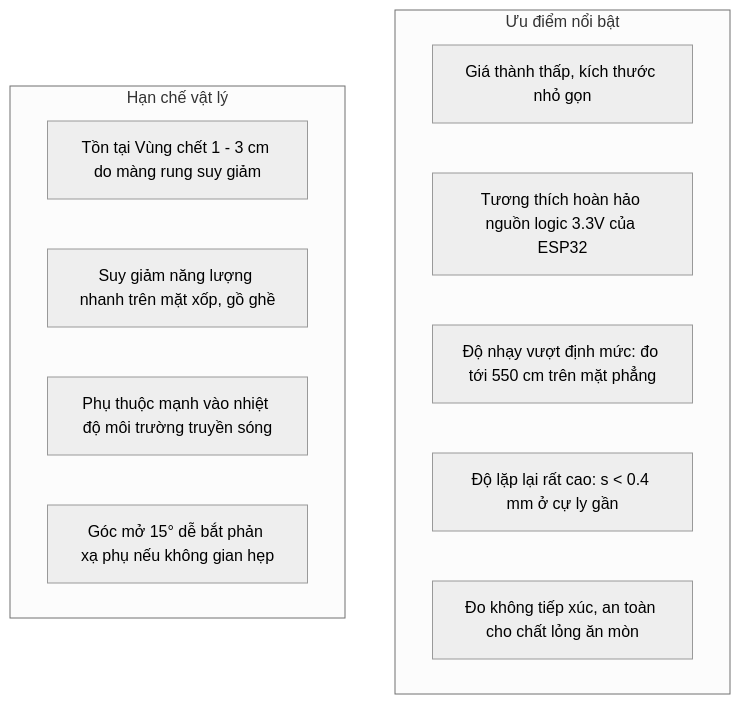
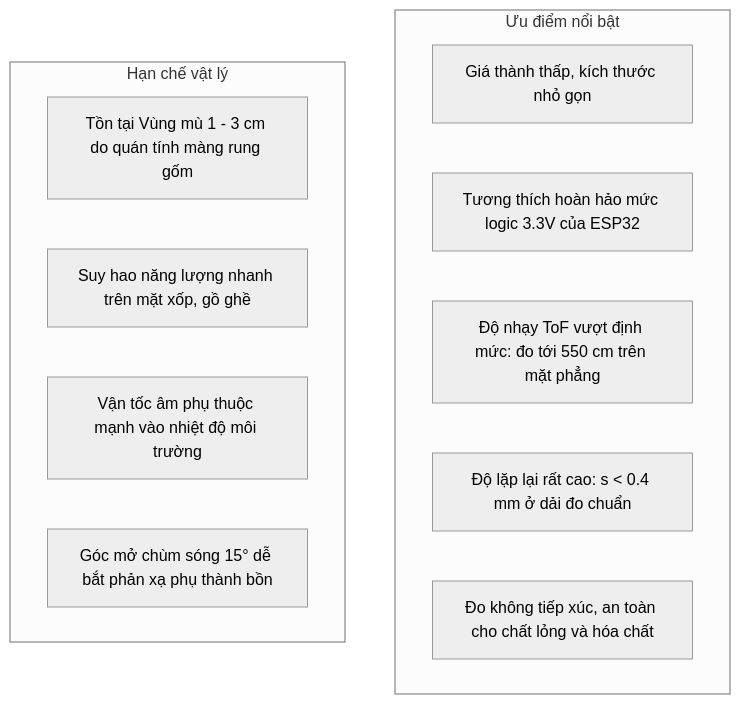
One commit to Sune27/RCWL1601 changed the diagram in markdown agent/Chuong_5_Ket_Luan_Va_Kien_Nghi.md. Above: the diagram before and after it, drawn with Mermaid (neutral theme). The commit also changed other lines of this file and 8 other files, not shown here.

````diff
--- a/markdown agent/Chuong_5_Ket_Luan_Va_Kien_Nghi.md
+++ b/markdown agent/Chuong_5_Ket_Luan_Va_Kien_Nghi.md
@@ -33,16 +38,16 @@
 ```mermaid
 flowchart TD
     subgraph Pros["Ưu điểm nổi bật"]
         P1["Giá thành thấp, kích thước nhỏ gọn"]
-        P2["Tương thích hoàn hảo nguồn logic 3.3V của ESP32"]
-        P3["Độ nhạy vượt định mức: đo tới 550 cm trên mặt phẳng"]
-        P4["Độ lặp lại rất cao: s &lt; 0.4 mm ở cự ly gần"]
-        P5["Đo không tiếp xúc, an toàn cho chất lỏng ăn mòn"]
+        P2["Tương thích hoàn hảo mức logic 3.3V của ESP32"]
+        P3["Độ nhạy ToF vượt định mức: đo tới 550 cm trên mặt phẳng"]
+        P4["Độ lặp lại rất cao: s &lt; 0.4 mm ở dải đo chuẩn"]
+        P5["Đo không tiếp xúc, an toàn cho chất lỏng và hóa chất"]
     end
     subgraph Cons["Hạn chế vật lý"]
-        C1["Tồn tại Vùng chết 1 - 3 cm do màng rung suy giảm"]
-        C2["Suy giảm năng lượng nhanh trên mặt xốp, gồ ghề"]
-        C3["Phụ thuộc mạnh vào nhiệt độ môi trường truyền sóng"]
-        C4["Góc mở 15° dễ bắt phản xạ phụ nếu không gian hẹp"]
+        C1["Tồn tại Vùng mù 1 - 3 cm do quán tính màng rung gốm"]
+        C2["Suy hao năng lượng nhanh trên mặt xốp, gồ ghề"]
+        C3["Vận tốc âm phụ thuộc mạnh vào nhiệt độ môi trường"]
+        C4["Góc mở chùm sóng 15° dễ bắt phản xạ phụ thành bồn"]
     end
 ```
````
